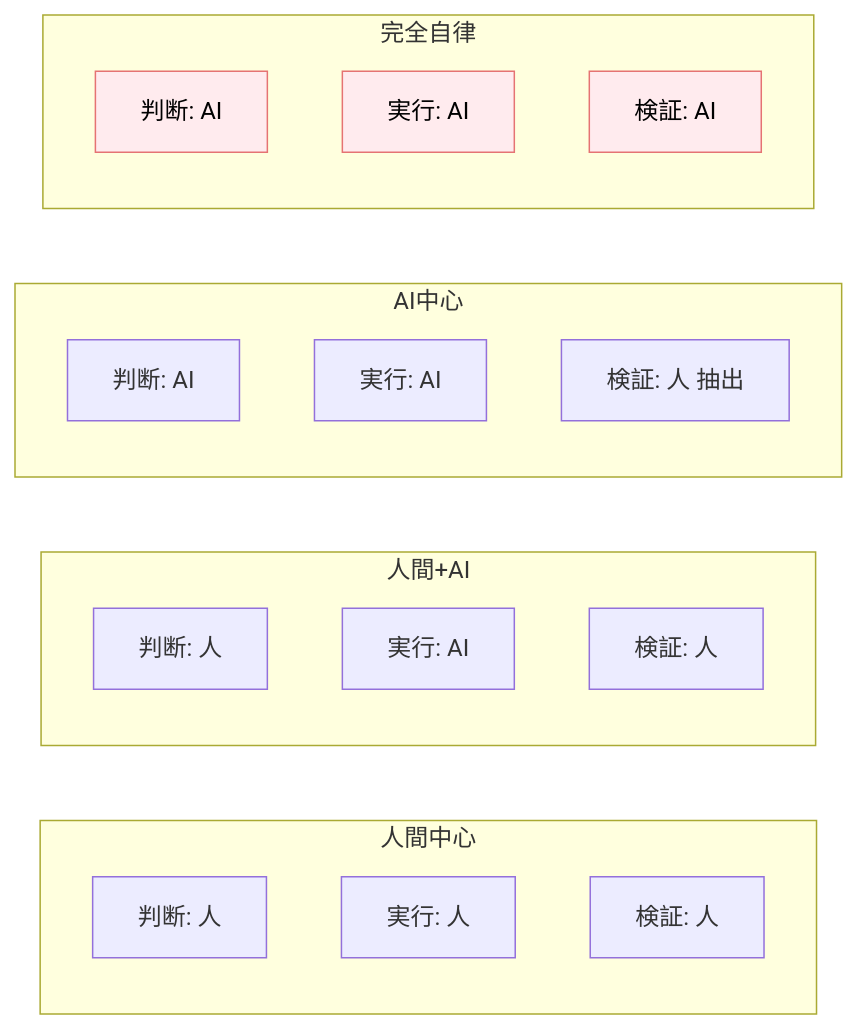
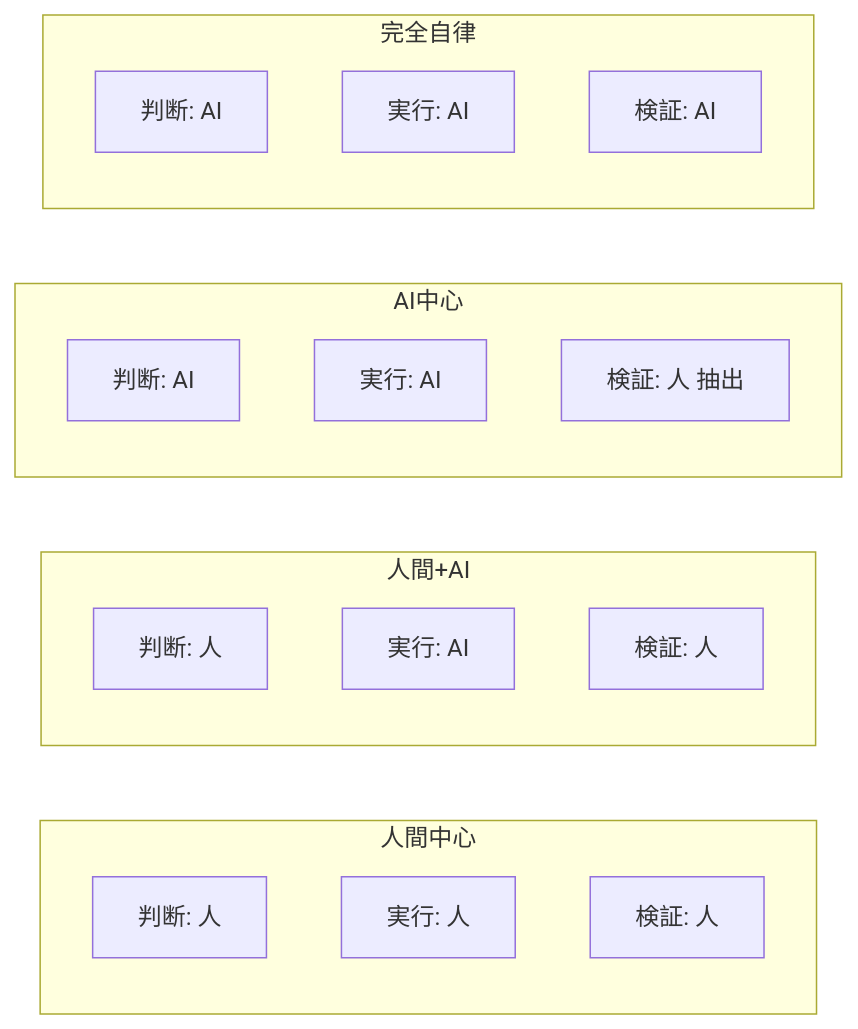
One commit to dinekt/dinekt-wiki changed the second of 3 diagrams in docs/concepts/ai-エージェントと人間の責任分界.md. Above: the diagram before and after it, drawn with Mermaid. The commit also changed other lines of this file and 70 other files, not shown here.

First line of the commit message:
fix(mermaid): strip all inline styling, rely on theme

````diff
--- a/docs/concepts/ai-エージェントと人間の責任分界.md
+++ b/docs/concepts/ai-エージェントと人間の責任分界.md
@@ -47,27 +44,24 @@
 ```mermaid
 flowchart LR
     subgraph 人間中心
       A1[判断: 人]
       A2[実行: 人]
       A3[検証: 人]
     end
     subgraph 人間+AI
       B1[判断: 人]
       B2[実行: AI]
       B3[検証: 人]
     end
     subgraph AI中心
       C1[判断: AI]
       C2[実行: AI]
       C3[検証: 人 抽出]
     end
     subgraph 完全自律
       D1[判断: AI]
       D2[実行: AI]
       D3[検証: AI]
     end
 
-    style D1 fill:#ffebee,stroke:#e57373,color:#000
-    style D2 fill:#ffebee,stroke:#e57373,color:#000
-    style D3 fill:#ffebee,stroke:#e57373,color:#000
 ```
````
